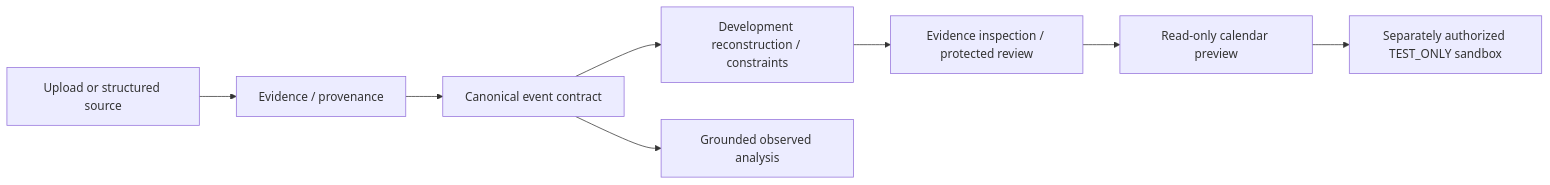
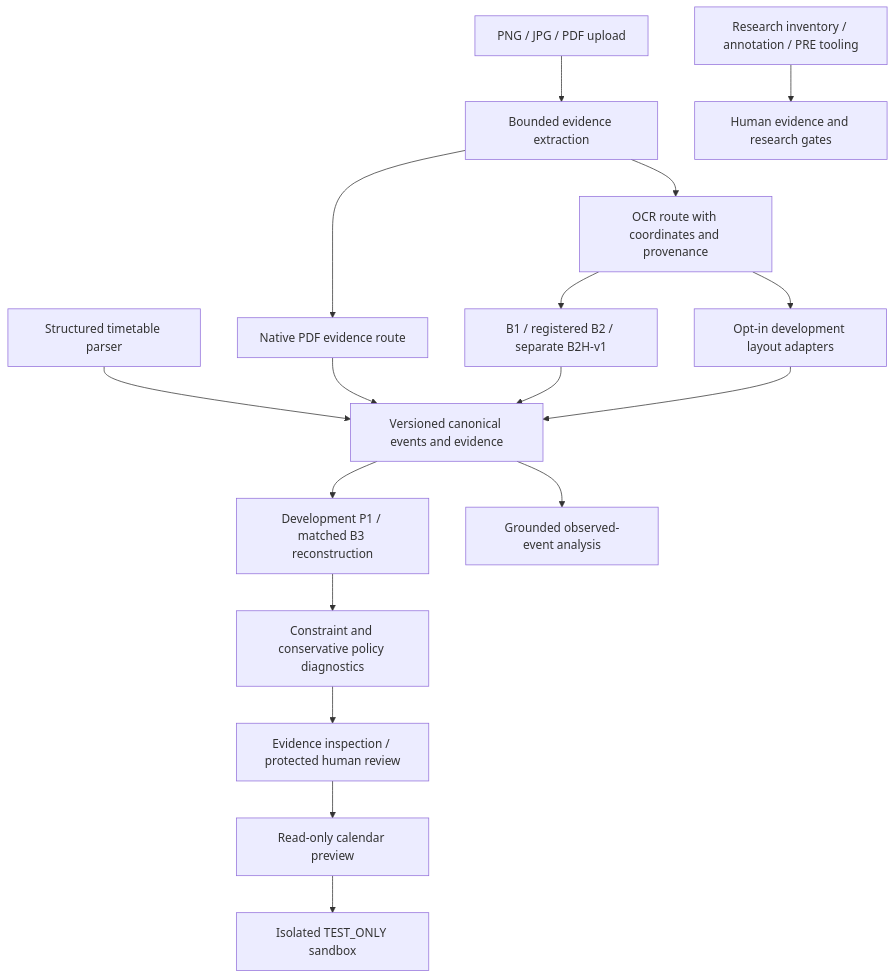
The diagram in docs/architecture.md (KQLOH/STAIR-Timetable-FYP), drawn with Mermaid before and after one commit. The commit also changed other lines of this file and 184 other files, not shown here.

Commit message:
Integrate complete STAIR-Timetable V1.0 source

````diff
--- a/docs/architecture.md
+++ b/docs/architecture.md
@@ -5,10 +5,19 @@
 ```mermaid
-flowchart LR
-    I[Upload or structured source] --> E[Evidence / provenance]
-    E --> C[Canonical event contract]
-    C --> R[Development reconstruction / constraints]
-    R --> H[Evidence inspection / protected review]
+flowchart TD
+    U[PNG / JPG / PDF upload] --> E[Bounded evidence extraction]
+    T[Structured timetable parser] --> C[Versioned canonical events and evidence]
+    E --> N[Native PDF evidence route]
+    E --> O[OCR route with coordinates and provenance]
+    N --> C
+    O --> B[B1 / registered B2 / separate B2H-v1]
+    O --> L[Opt-in development layout adapters]
+    B --> C
+    L --> C
+    C --> R[Development P1 / matched B3 reconstruction]
+    R --> V[Constraint and conservative policy diagnostics]
+    V --> H[Evidence inspection / protected human review]
     H --> P[Read-only calendar preview]
-    P --> T[Separately authorized TEST_ONLY sandbox]
-    C --> A[Grounded observed analysis]
+    P --> S[Isolated TEST_ONLY sandbox]
+    C --> A[Grounded observed-event analysis]
+    G[Research inventory / annotation / PRE tooling] --> Q[Human evidence and research gates]
 ```
````
